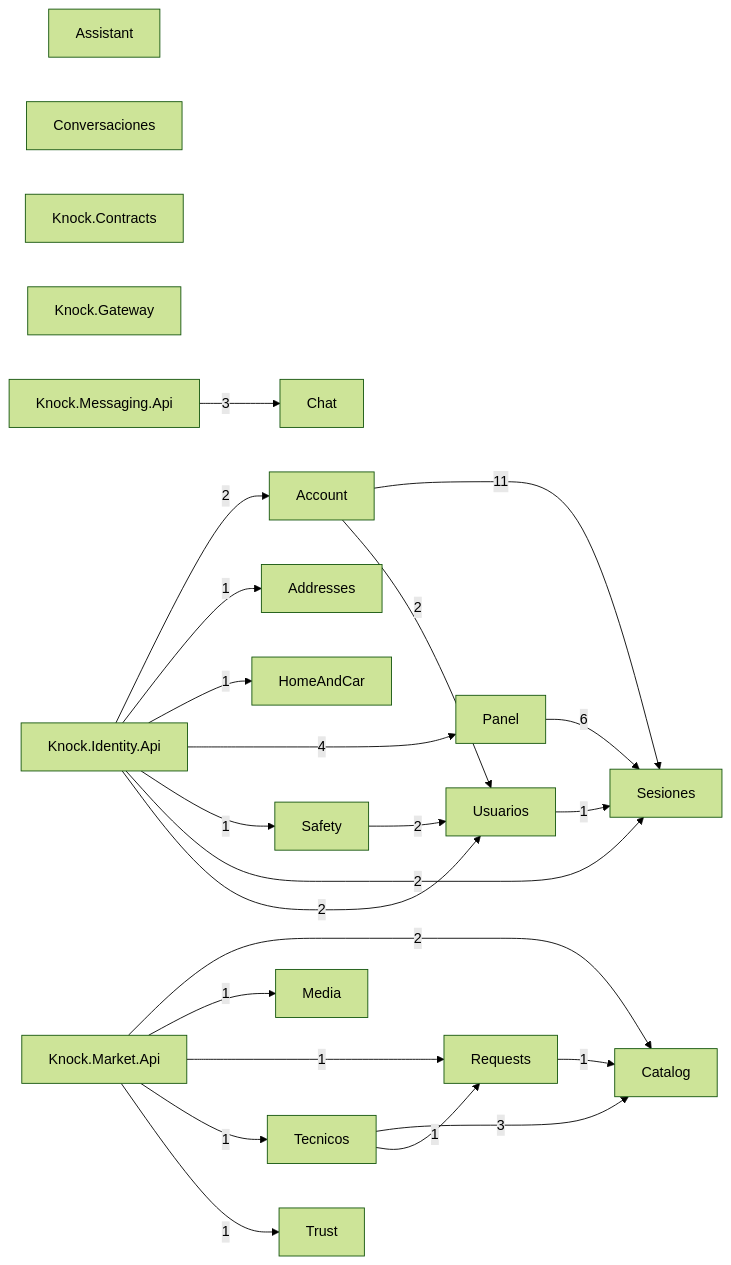
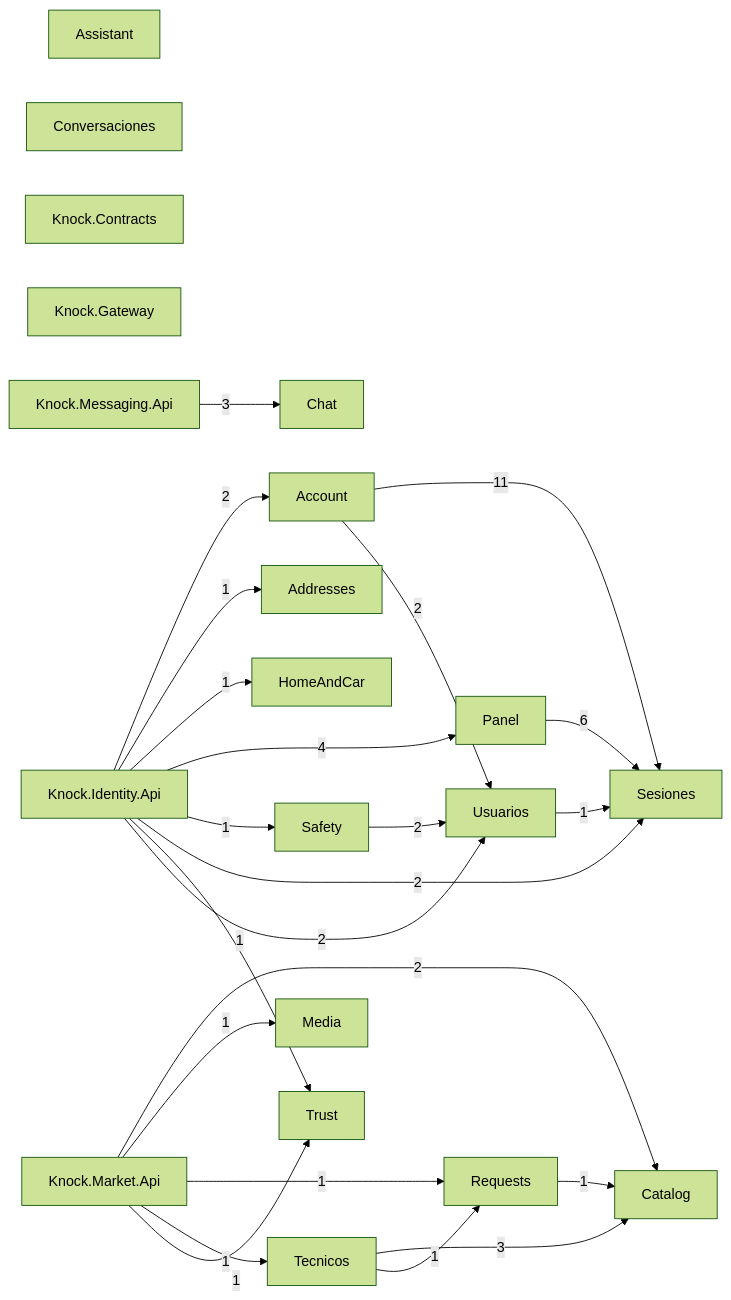
The diagram in docs/architecture/modules.mmd (Tensei-Devs/knock-backend), drawn with Mermaid (forest theme) before and after one commit. The commit also changed 11 other files, not shown here.

Commit message:
feat(identity): create and read own verification with biometric consent (KNOCK-79)

```diff
--- a/docs/architecture/modules.mmd
+++ b/docs/architecture/modules.mmd
@@ -1,42 +1,43 @@
 graph LR
   Account["Account"]
   Addresses["Addresses"]
   Assistant["Assistant"]
   Catalog["Catalog"]
   Chat["Chat"]
   Conversaciones["Conversaciones"]
   HomeAndCar["HomeAndCar"]
   Knock_Contracts["Knock.Contracts"]
   Knock_Gateway["Knock.Gateway"]
   Knock_Identity_Api["Knock.Identity.Api"]
   Knock_Market_Api["Knock.Market.Api"]
   Knock_Messaging_Api["Knock.Messaging.Api"]
   Media["Media"]
   Panel["Panel"]
   Requests["Requests"]
   Safety["Safety"]
   Sesiones["Sesiones"]
   Tecnicos["Tecnicos"]
   Trust["Trust"]
   Usuarios["Usuarios"]
   Account -->|11| Sesiones
   Account -->|2| Usuarios
   Knock_Identity_Api -->|2| Account
   Knock_Identity_Api -->|1| Addresses
   Knock_Identity_Api -->|1| HomeAndCar
   Knock_Identity_Api -->|4| Panel
   Knock_Identity_Api -->|1| Safety
   Knock_Identity_Api -->|2| Sesiones
+  Knock_Identity_Api -->|1| Trust
   Knock_Identity_Api -->|2| Usuarios
   Knock_Market_Api -->|2| Catalog
   Knock_Market_Api -->|1| Media
   Knock_Market_Api -->|1| Requests
   Knock_Market_Api -->|1| Tecnicos
   Knock_Market_Api -->|1| Trust
   Knock_Messaging_Api -->|3| Chat
   Panel -->|6| Sesiones
   Requests -->|1| Catalog
   Safety -->|2| Usuarios
   Tecnicos -->|3| Catalog
   Tecnicos -->|1| Requests
   Usuarios -->|1| Sesiones
```
